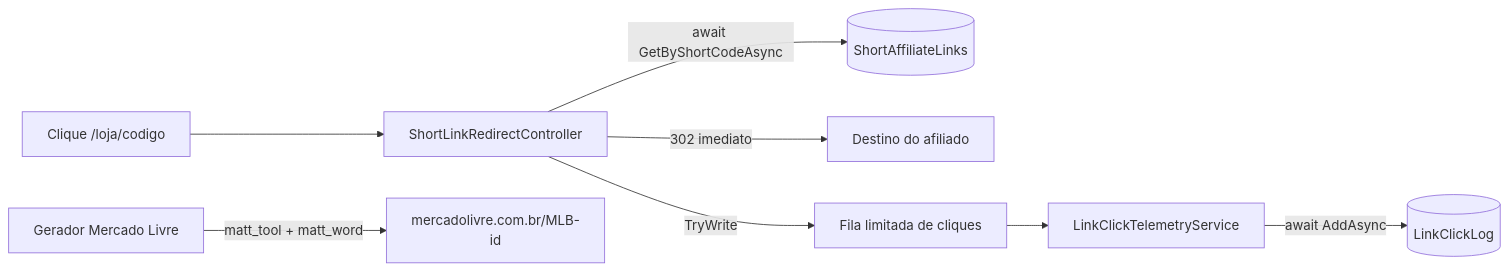
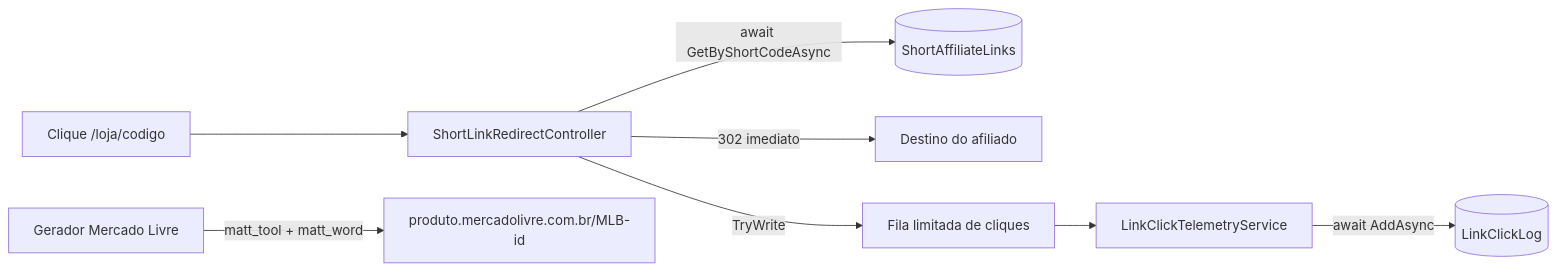
One commit to ronyaraujodeveloper/TecFlow changed diagram 48 of 48 in docs/DIAGRAMAS_ARQUITETURA.md. Above: the diagram before and after it, drawn with Mermaid. The commit also changed other lines of this file and 13 other files, not shown here.

Commit message:
fix(links): link do Mercado Livre no host produto.mercadolivre.com.br

````diff
--- a/docs/DIAGRAMAS_ARQUITETURA.md
+++ b/docs/DIAGRAMAS_ARQUITETURA.md
@@ -2072,10 +2072,10 @@
 ```mermaid
 flowchart LR
   CLICK[Clique /loja/codigo] --> API[ShortLinkRedirectController]
   API -->|await GetByShortCodeAsync| SQL[(ShortAffiliateLinks)]
   API -->|302 imediato| DEST[Destino do afiliado]
   API -->|TryWrite| FILA[Fila limitada de cliques]
   FILA --> BG[LinkClickTelemetryService]
   BG -->|await AddAsync| LOG[(LinkClickLog)]
-  ML[Gerador Mercado Livre] -->|matt_tool + matt_word| URL["mercadolivre.com.br/MLB-id"]
+  ML[Gerador Mercado Livre] -->|matt_tool + matt_word| URL["produto.mercadolivre.com.br/MLB-id"]
 ```
````
